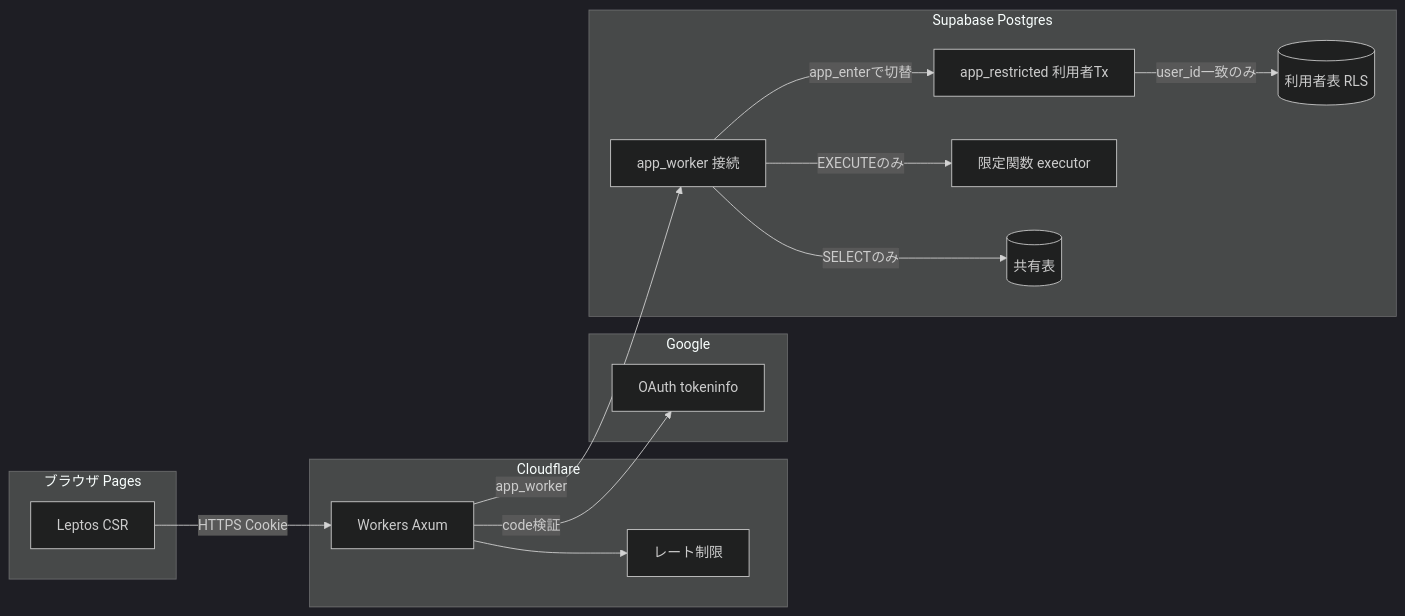
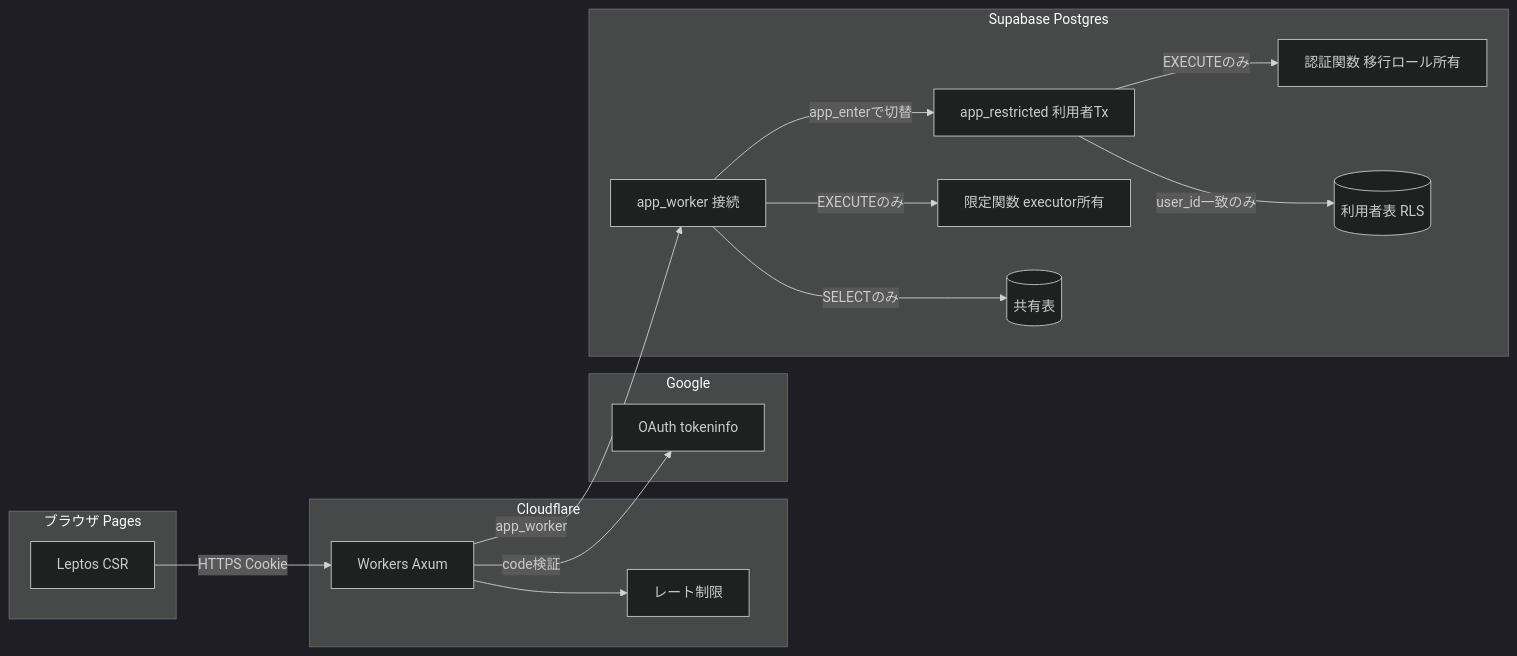
Before and after one commit to zaichu/shoken-webapp: the first of 2 diagrams in docs/security/threat-model.md, drawn with Mermaid (dark theme). The commit also changed other lines of this file, not shown here.

Commit message:
docs: #2097 レビュー対応 auth系とexecutor所有の限定関数を書き分ける
auth_* は移行ロール所有・EXECUTE は app_restricted のみで、app_*_executor 所有の *_v2 とは区別する。図に AR から認証関数への EXECUTE 経路を追加。

````diff
--- a/docs/security/threat-model.md
+++ b/docs/security/threat-model.md
@@ -20,28 +20,30 @@
 ```mermaid
 flowchart LR
   subgraph Browser[ブラウザ Pages]
     FE[Leptos CSR]
   end
   subgraph Edge[Cloudflare]
     W[Workers Axum]
     RL[レート制限]
   end
   subgraph IdP[Google]
     O[OAuth tokeninfo]
   end
   subgraph Data[Supabase Postgres]
     AW[app_worker 接続]
     AR[app_restricted 利用者Tx]
-    EX[限定関数 executor]
+    AU[認証関数 移行ロール所有]
+    EX[限定関数 executor所有]
     UT[(利用者表 RLS)]
     ST[(共有表)]
   end
   FE -->|HTTPS Cookie| W
   W --> RL
   W -->|code検証| O
   W -->|app_worker| AW
   AW -->|app_enterで切替| AR
   AR -->|user_id一致のみ| UT
   AW -->|SELECTのみ| ST
+  AR -->|EXECUTEのみ| AU
   AW -->|EXECUTEのみ| EX
 ```
````
